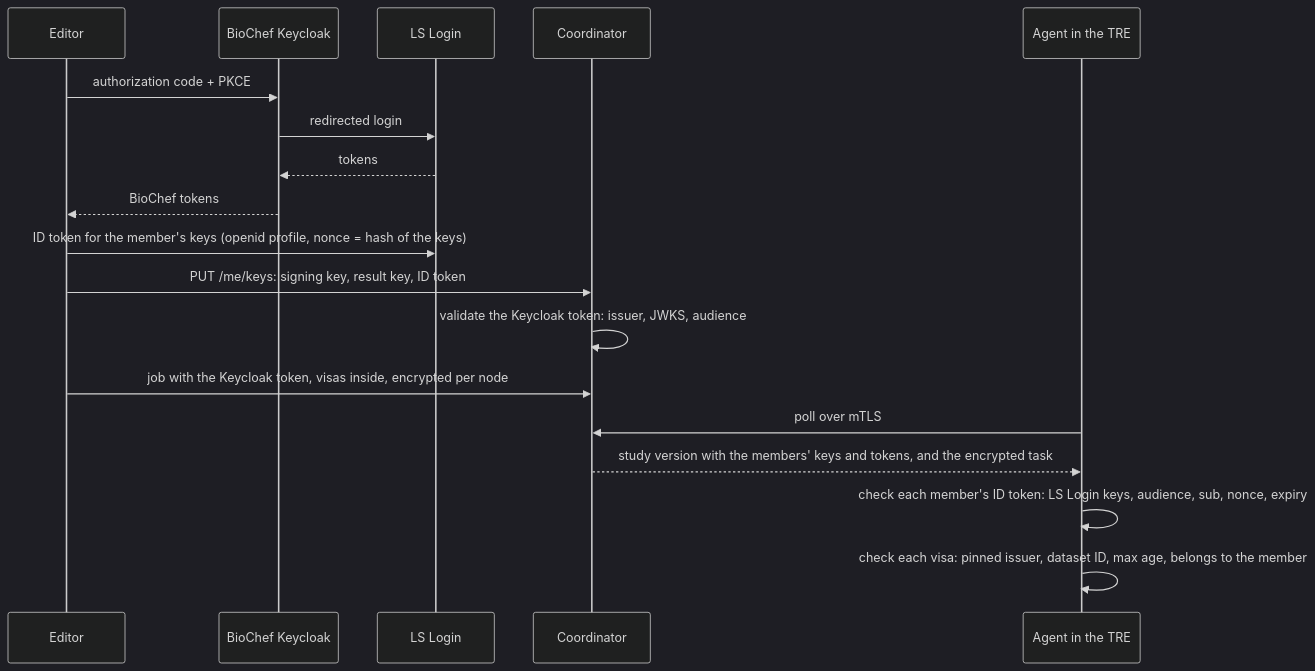
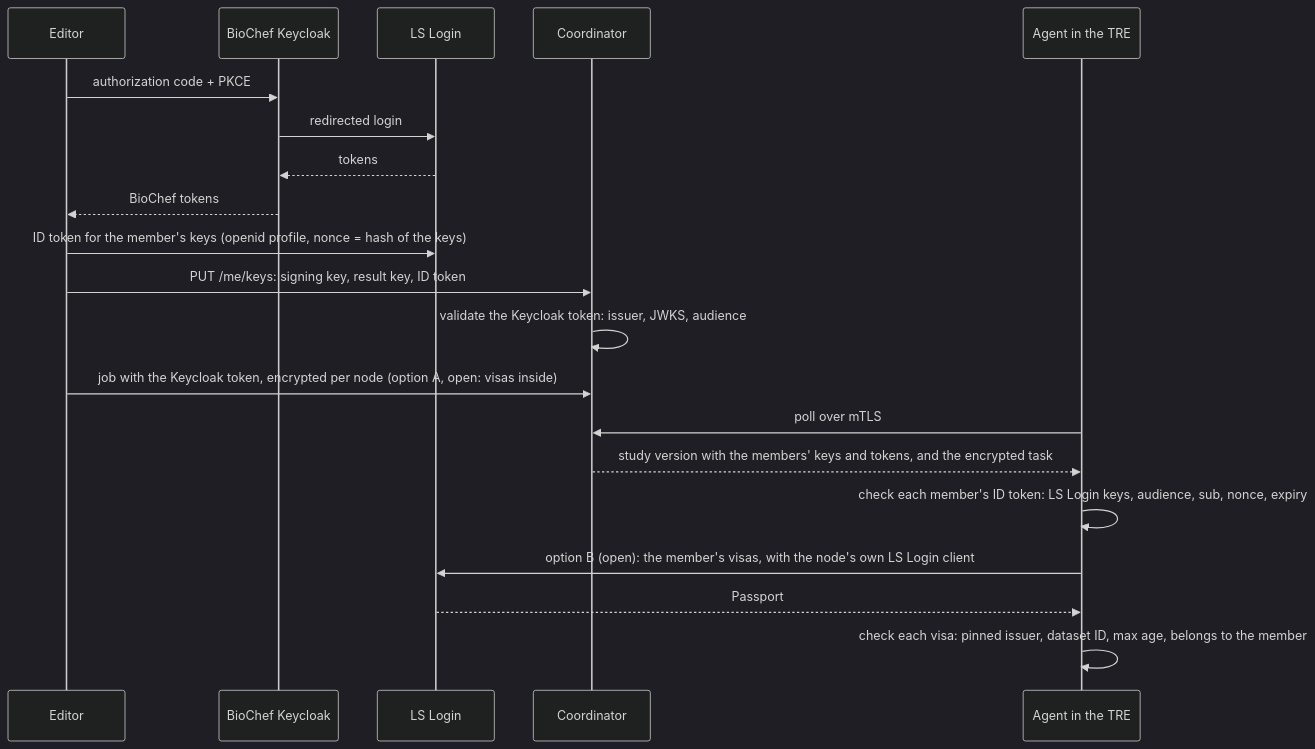
Before and after one commit to ieeta-pt/biochef-infra: the diagram in docs/identity.md, drawn with Mermaid (dark theme). The commit also changed other lines of this file and 5 other files, not shown here.

````diff
--- a/docs/identity.md
+++ b/docs/identity.md
@@ -53,20 +53,22 @@
 ```mermaid
 sequenceDiagram
   participant E as Editor
   participant K as BioChef Keycloak
   participant L as LS Login
   participant C as Coordinator
   participant A as Agent in the TRE
   E->>K: authorization code + PKCE
   K->>L: redirected login
   L-->>K: tokens
   K-->>E: BioChef tokens
   E->>L: ID token for the member's keys (openid profile, nonce = hash of the keys)
   E->>C: PUT /me/keys: signing key, result key, ID token
   C->>C: validate the Keycloak token: issuer, JWKS, audience
-  E->>C: job with the Keycloak token, visas inside, encrypted per node
+  E->>C: job with the Keycloak token, encrypted per node (option A, open: visas inside)
   A->>C: poll over mTLS
   C-->>A: study version with the members' keys and tokens, and the encrypted task
   A->>A: check each member's ID token: LS Login keys, audience, sub, nonce, expiry
+  A->>L: option B (open): the member's visas, with the node's own LS Login client
+  L-->>A: Passport
   A->>A: check each visa: pinned issuer, dataset ID, max age, belongs to the member
 ```
````
